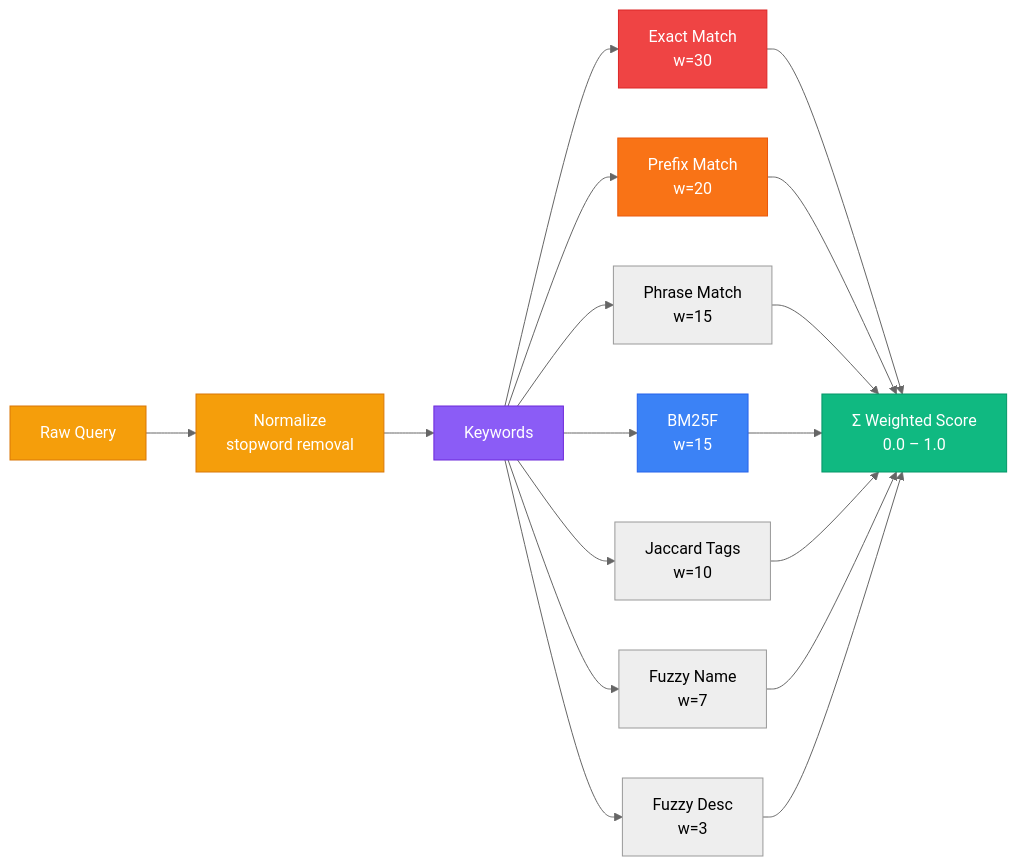
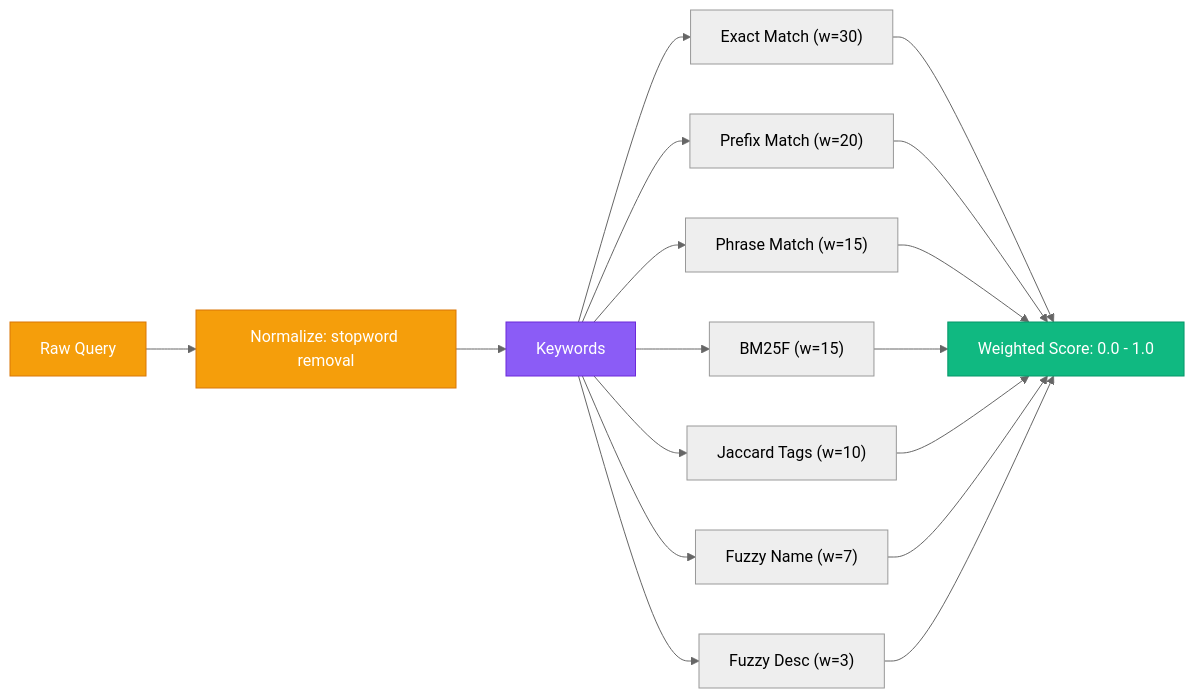
One commit to ancrz/skill-swarm-mcp changed the seventh of 7 diagrams in README.md. Above: the diagram before and after it, drawn with Mermaid (neutral theme). The commit also changed other lines of this file, not shown here.

First line of the commit message:
docs: lint mermaid diagrams, add top navigation anchors, and specify apache 2.0 terms

````diff
--- a/README.md
+++ b/README.md
@@ -378,28 +374,19 @@
 ```mermaid
-graph LR
-    RQ["Raw Query"] --> NQ["Normalize<br/>stopword removal"]
+flowchart LR
+    RQ["Raw Query"] --> NQ["Normalize: stopword removal"]
     NQ --> Q["Keywords"]
-    Q --> E["Exact Match<br/>w=30"]
-    Q --> P["Prefix Match<br/>w=20"]
-    Q --> PH["Phrase Match<br/>w=15"]
-    Q --> B["BM25F<br/>w=15"]
-    Q --> J["Jaccard Tags<br/>w=10"]
-    Q --> FN["Fuzzy Name<br/>w=7"]
-    Q --> FD["Fuzzy Desc<br/>w=3"]
+    Q --> E["Exact Match (w=30)"]
+    Q --> P["Prefix Match (w=20)"]
+    Q --> PH["Phrase Match (w=15)"]
+    Q --> B["BM25F (w=15)"]
+    Q --> J["Jaccard Tags (w=10)"]
+    Q --> FN["Fuzzy Name (w=7)"]
+    Q --> FD["Fuzzy Desc (w=3)"]
 
-    E --> S["Σ Weighted Score<br/>0.0 – 1.0"]
-    P --> S
-    PH --> S
-    B --> S
-    J --> S
-    FN --> S
-    FD --> S
+    E & P & PH & B & J & FN & FD --> S["Weighted Score: 0.0 - 1.0"]
 
     style RQ fill:#F59E0B,stroke:#D97706,color:#fff
     style NQ fill:#F59E0B,stroke:#D97706,color:#fff
     style Q fill:#8B5CF6,stroke:#6D28D9,color:#fff
     style S fill:#10B981,stroke:#059669,color:#fff
-    style E fill:#EF4444,stroke:#DC2626,color:#fff
-    style P fill:#F97316,stroke:#EA580C,color:#fff
-    style B fill:#3B82F6,stroke:#2563EB,color:#fff
 ```
````
